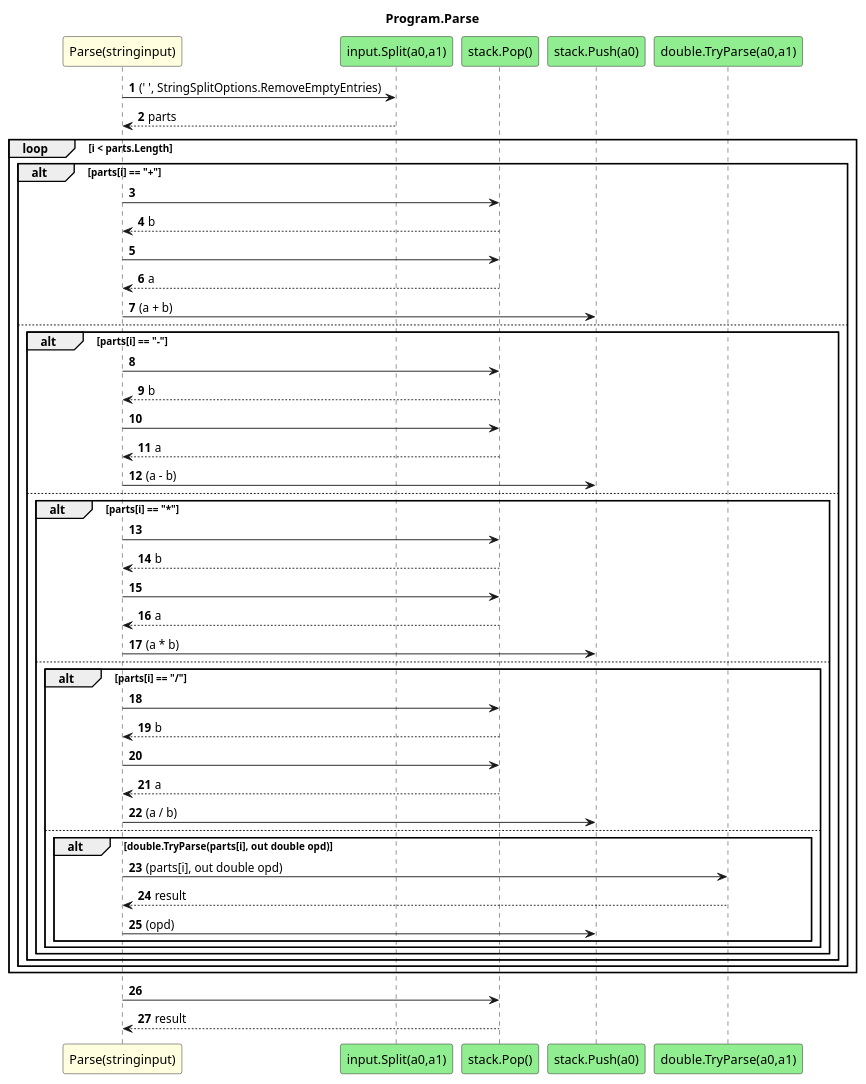
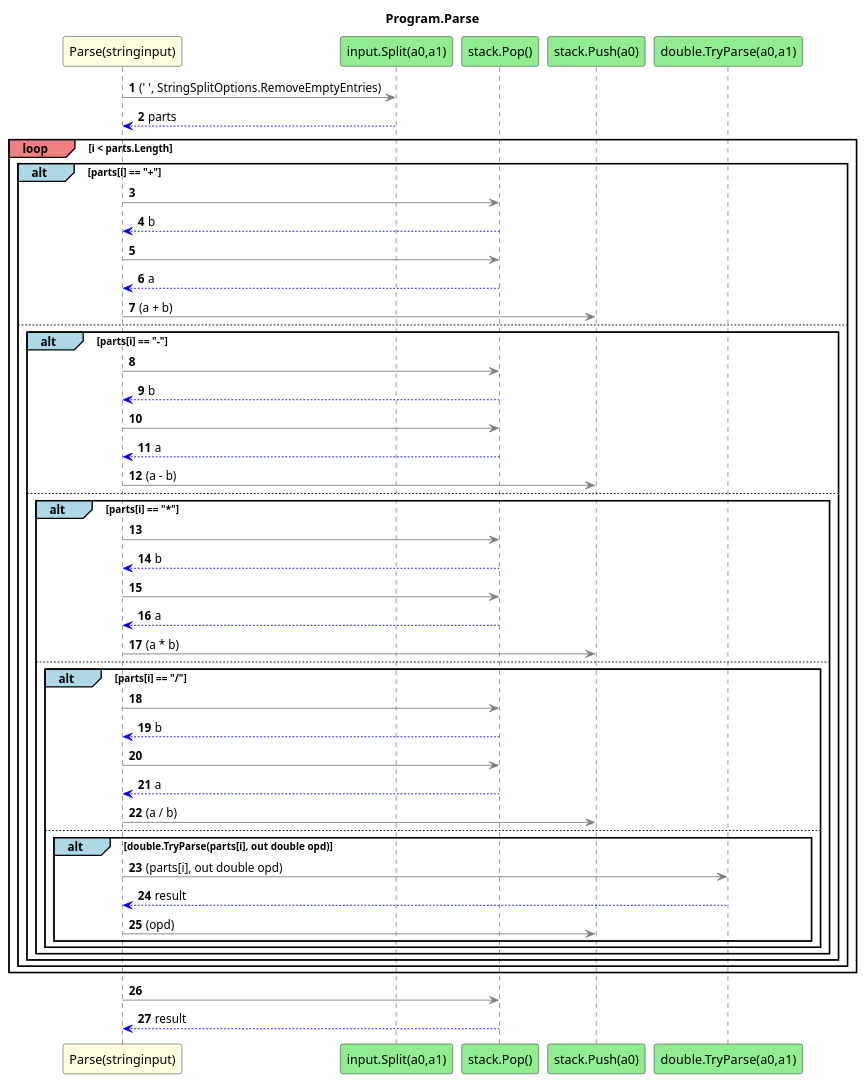
The diagram in UPNCalculator.ConApp/diagrams/sq_Program_Parse.puml (leoggehrer/2324-34_ABIF_ACIF_POSE), drawn with PlantUML before and after one commit. The commit also changed 12 other files, not shown here.

Commit message:
Generated object diagram.

```diff
--- a/UPNCalculator.ConApp/diagrams/sq_Program_Parse.puml
+++ b/UPNCalculator.ConApp/diagrams/sq_Program_Parse.puml
@@ -1,52 +1,52 @@
 @startuml Program.Parse
 title Program.Parse
 participant "Parse(stringinput)" as Parse_p0 #LightYellow
 participant "input.Split(a0,a1)" as input_Split_a0_a1 #LightGreen
 participant "stack.Pop()" as stack_Pop #LightGreen
 participant "stack.Push(a0)" as stack_Push_a0 #LightGreen
 participant "double.TryParse(a0,a1)" as double_TryParse_a0_a1 #LightGreen
 autonumber
-Parse_p0 -> input_Split_a0_a1 : (' ', StringSplitOptions.RemoveEmptyEntries)
-input_Split_a0_a1 --> Parse_p0 : parts
-loop i < parts.Length
-    alt parts[i] == "+"
-        Parse_p0 -> stack_Pop
-        stack_Pop --> Parse_p0 : b
-        Parse_p0 -> stack_Pop
-        stack_Pop --> Parse_p0 : a
-        Parse_p0 -> stack_Push_a0 : (a + b)
+Parse_p0 -[#grey]> input_Split_a0_a1 : (' ', StringSplitOptions.RemoveEmptyEntries)
+input_Split_a0_a1 -[#blue]-> Parse_p0 : parts
+loop#LightCoral i < parts.Length
+    alt#LightBlue parts[i] == "+"
+        Parse_p0 -[#grey]> stack_Pop
+        stack_Pop -[#blue]-> Parse_p0 : b
+        Parse_p0 -[#grey]> stack_Pop
+        stack_Pop -[#blue]-> Parse_p0 : a
+        Parse_p0 -[#grey]> stack_Push_a0 : (a + b)
         else
-            alt parts[i] == "-"
-                Parse_p0 -> stack_Pop
-                stack_Pop --> Parse_p0 : b
-                Parse_p0 -> stack_Pop
-                stack_Pop --> Parse_p0 : a
-                Parse_p0 -> stack_Push_a0 : (a - b)
+            alt#LightBlue parts[i] == "-"
+                Parse_p0 -[#grey]> stack_Pop
+                stack_Pop -[#blue]-> Parse_p0 : b
+                Parse_p0 -[#grey]> stack_Pop
+                stack_Pop -[#blue]-> Parse_p0 : a
+                Parse_p0 -[#grey]> stack_Push_a0 : (a - b)
                 else
-                    alt parts[i] == "*"
-                        Parse_p0 -> stack_Pop
-                        stack_Pop --> Parse_p0 : b
-                        Parse_p0 -> stack_Pop
-                        stack_Pop --> Parse_p0 : a
-                        Parse_p0 -> stack_Push_a0 : (a * b)
+                    alt#LightBlue parts[i] == "*"
+                        Parse_p0 -[#grey]> stack_Pop
+                        stack_Pop -[#blue]-> Parse_p0 : b
+                        Parse_p0 -[#grey]> stack_Pop
+                        stack_Pop -[#blue]-> Parse_p0 : a
+                        Parse_p0 -[#grey]> stack_Push_a0 : (a * b)
                         else
-                            alt parts[i] == "/"
-                                Parse_p0 -> stack_Pop
-                                stack_Pop --> Parse_p0 : b
-                                Parse_p0 -> stack_Pop
-                                stack_Pop --> Parse_p0 : a
-                                Parse_p0 -> stack_Push_a0 : (a / b)
+                            alt#LightBlue parts[i] == "/"
+                                Parse_p0 -[#grey]> stack_Pop
+                                stack_Pop -[#blue]-> Parse_p0 : b
+                                Parse_p0 -[#grey]> stack_Pop
+                                stack_Pop -[#blue]-> Parse_p0 : a
+                                Parse_p0 -[#grey]> stack_Push_a0 : (a / b)
                                 else
-                                    alt double.TryParse(parts[i], out double opd)
-                                        Parse_p0 -> double_TryParse_a0_a1 : (parts[i], out double opd)
-                                        double_TryParse_a0_a1 --> Parse_p0 : result
-                                        Parse_p0 -> stack_Push_a0 : (opd)
+                                    alt#LightBlue double.TryParse(parts[i], out double opd)
+                                        Parse_p0 -[#grey]> double_TryParse_a0_a1 : (parts[i], out double opd)
+                                        double_TryParse_a0_a1 -[#blue]-> Parse_p0 : result
+                                        Parse_p0 -[#grey]> stack_Push_a0 : (opd)
                                     end
                             end
                     end
             end
     end
 end
-Parse_p0 -> stack_Pop
-stack_Pop --> Parse_p0 : result
+Parse_p0 -[#grey]> stack_Pop
+stack_Pop -[#blue]-> Parse_p0 : result
 @enduml
```
